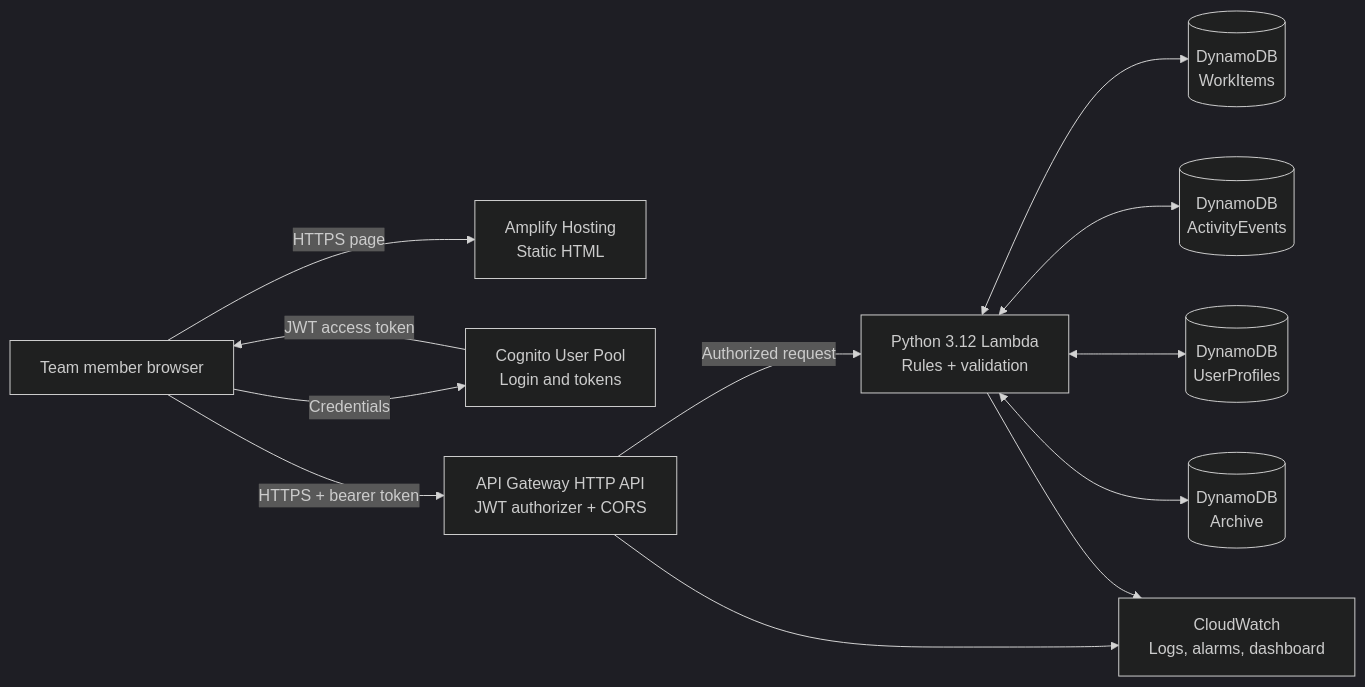
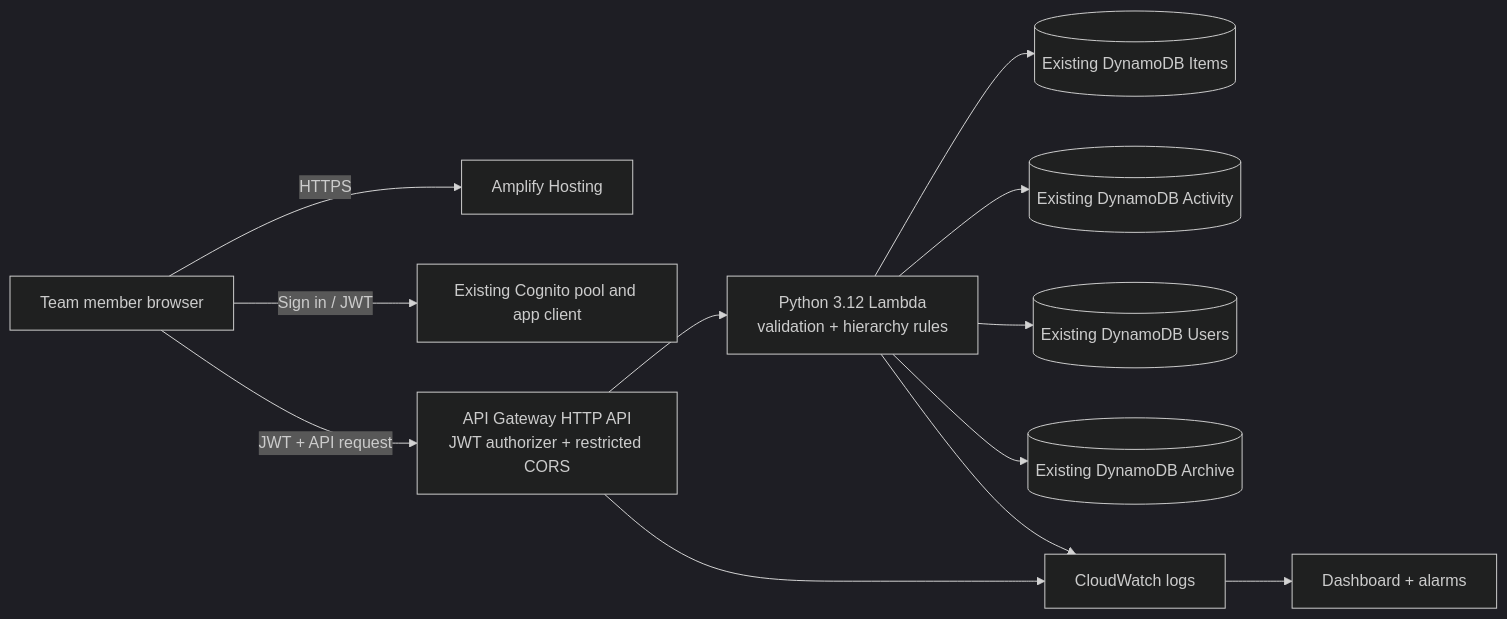
One commit to retzed/Team_Follow-Up_AWS-Deployment changed the diagram in docs/ARCHITECTURE.md. Above: the diagram before and after it, drawn with Mermaid (dark theme). The commit also changed other lines of this file, not shown here.

Commit message:
Align docs/ARCHITECTURE.md with existing AWS resource contract

````diff
--- a/docs/ARCHITECTURE.md
+++ b/docs/ARCHITECTURE.md
@@ -17,25 +15,14 @@
 ```mermaid
 flowchart LR
-    U[Team member browser]
-    A[Amplify Hosting<br/>Static HTML]
-    C[Cognito User Pool<br/>Login and tokens]
-    G[API Gateway HTTP API<br/>JWT authorizer + CORS]
-    L[Python 3.12 Lambda<br/>Rules + validation]
-    W[(DynamoDB<br/>WorkItems)]
-    E[(DynamoDB<br/>ActivityEvents)]
-    P[(DynamoDB<br/>UserProfiles)]
-    R[(DynamoDB<br/>Archive)]
-    M[CloudWatch<br/>Logs, alarms, dashboard]
-
-    U -->|HTTPS page| A
-    U -->|Credentials| C
-    C -->|JWT access token| U
-    U -->|HTTPS + bearer token| G
-    G -->|Authorized request| L
-    L <--> W
-    L <--> E
-    L <--> P
-    L <--> R
+    B[Team member browser] -->|HTTPS| A[Amplify Hosting]
+    B -->|Sign in / JWT| C[Existing Cognito pool and app client]
+    B -->|JWT + API request| G[API Gateway HTTP API\nJWT authorizer + restricted CORS]
+    G --> L[Python 3.12 Lambda\nvalidation + hierarchy rules]
+    L --> I[(Existing DynamoDB Items)]
+    L --> E[(Existing DynamoDB Activity)]
+    L --> U[(Existing DynamoDB Users)]
+    L --> R[(Existing DynamoDB Archive)]
+    L --> M[CloudWatch logs]
     G --> M
-    L --> M
+    M --> O[Dashboard + alarms]
 ```
````
